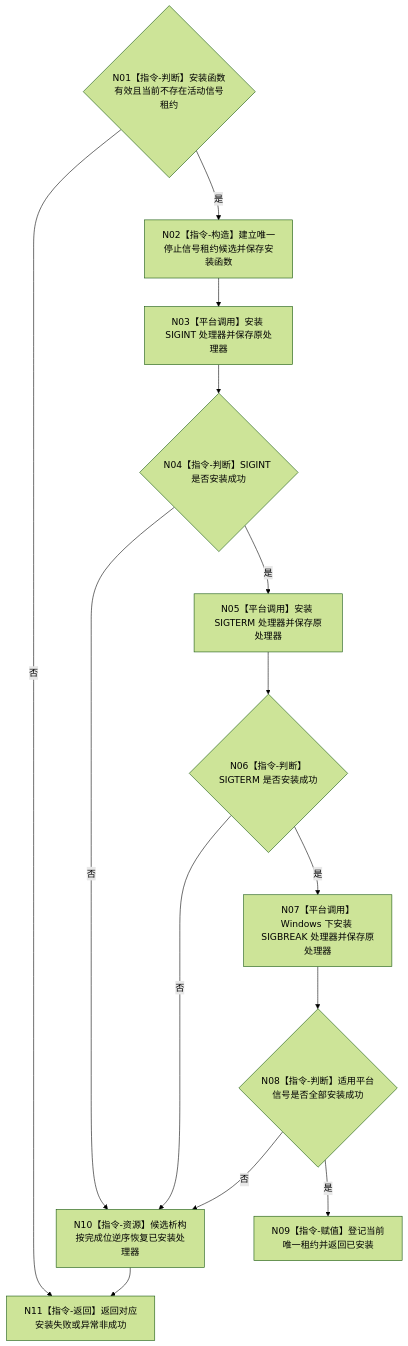
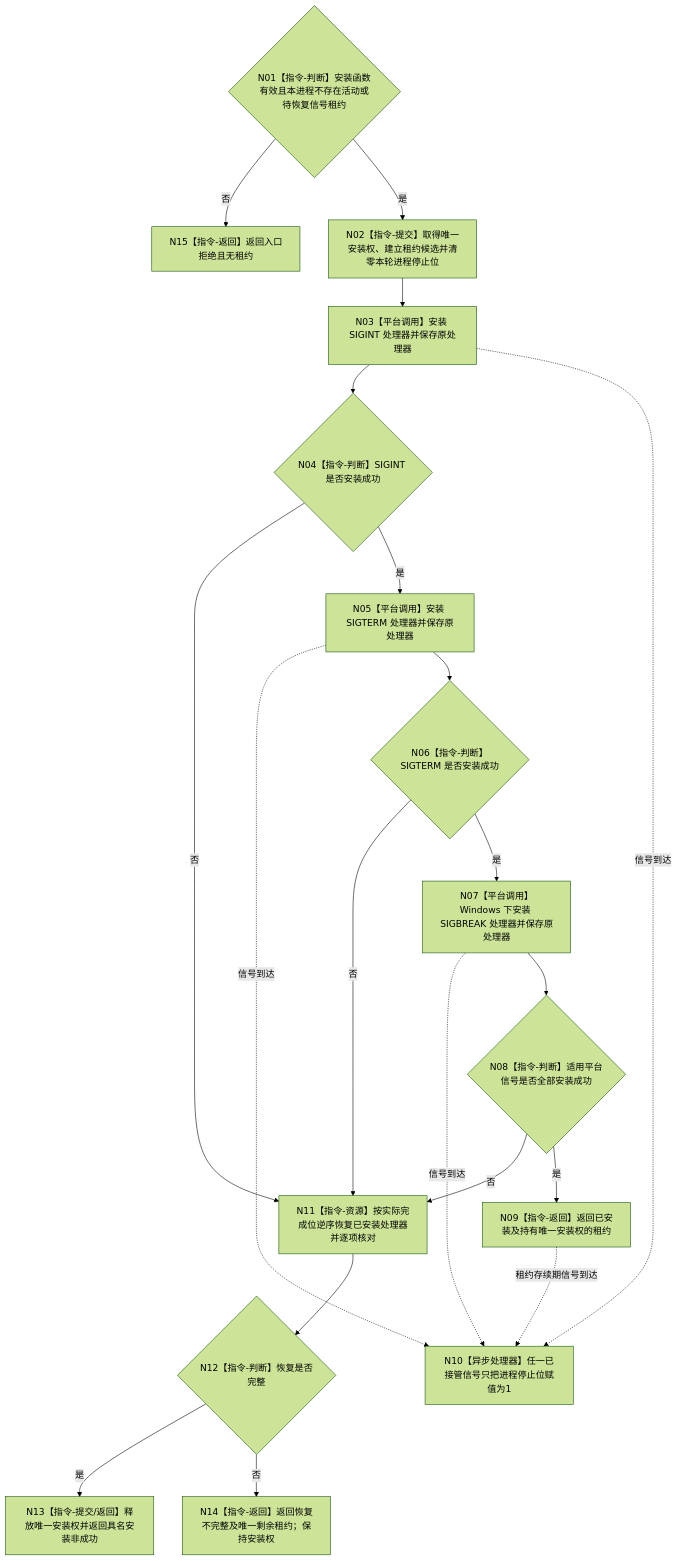
Before and after one commit to chunhaizh-cyber/HY-Ego: the diagram in 流程图/目标业务流程图/L3/BIZ-L3-001-02-01_安装程序停止信号_目标函数流程图_v0.1.md, drawn with Mermaid (forest theme). The commit also changed other lines of this file and 6 other files, not shown here.

````diff
--- a/流程图/目标业务流程图/L3/BIZ-L3-001-02-01_安装程序停止信号_目标函数流程图_v0.1.md
+++ b/流程图/目标业务流程图/L3/BIZ-L3-001-02-01_安装程序停止信号_目标函数流程图_v0.1.md
@@ -33,23 +35,34 @@
 ```mermaid
 flowchart TD
-    N01{"N01【指令-判断】安装函数有效且当前不存在活动信号租约"}
-    N02["N02【指令-构造】建立唯一停止信号租约候选并保存安装函数"]
+    N01{"N01【指令-判断】安装函数有效且本进程不存在活动或待恢复信号租约"}
+    N02["N02【指令-提交】取得唯一安装权、建立租约候选并清零本轮进程停止位"]
     N03["N03【平台调用】安装 SIGINT 处理器并保存原处理器"]
     N04{"N04【指令-判断】SIGINT 是否安装成功"}
     N05["N05【平台调用】安装 SIGTERM 处理器并保存原处理器"]
     N06{"N06【指令-判断】SIGTERM 是否安装成功"}
     N07["N07【平台调用】Windows 下安装 SIGBREAK 处理器并保存原处理器"]
     N08{"N08【指令-判断】适用平台信号是否全部安装成功"}
-    N09["N09【指令-赋值】登记当前唯一租约并返回已安装"]
-    N10["N10【指令-资源】候选析构按完成位逆序恢复已安装处理器"]
-    N11["N11【指令-返回】返回对应安装失败或异常非成功"]
+    N09["N09【指令-返回】返回已安装及持有唯一安装权的租约"]
+    N10["N10【异步处理器】任一已接管信号只把进程停止位赋值为1"]
+    N11["N11【指令-资源】按实际完成位逆序恢复已安装处理器并逐项核对"]
+    N12{"N12【指令-判断】恢复是否完整"}
+    N13["N13【指令-提交/返回】释放唯一安装权并返回具名安装非成功"]
+    N14["N14【指令-返回】返回恢复不完整及唯一剩余租约；保持安装权"]
+    N15["N15【指令-返回】返回入口拒绝且无租约"]
 
-    N01 -->|否| N11
+    N01 -->|否| N15
     N01 -->|是| N02 --> N03 --> N04
-    N04 -->|否| N10 --> N11
+    N03 -.信号到达.-> N10
+    N05 -.信号到达.-> N10
+    N07 -.信号到达.-> N10
+    N09 -.租约存续期信号到达.-> N10
+    N04 -->|否| N11
     N04 -->|是| N05 --> N06
-    N06 -->|否| N10
+    N06 -->|否| N11
     N06 -->|是| N07 --> N08
-    N08 -->|否| N10
+    N08 -->|否| N11
     N08 -->|是| N09
+    N11 --> N12
+    N12 -->|是| N13
+    N12 -->|否| N14
 ```
````
